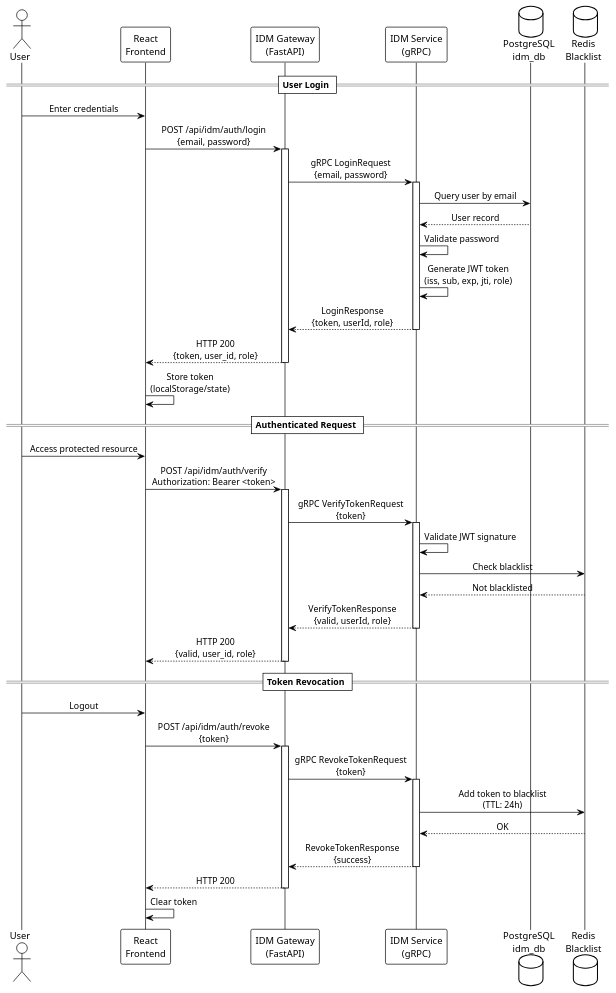
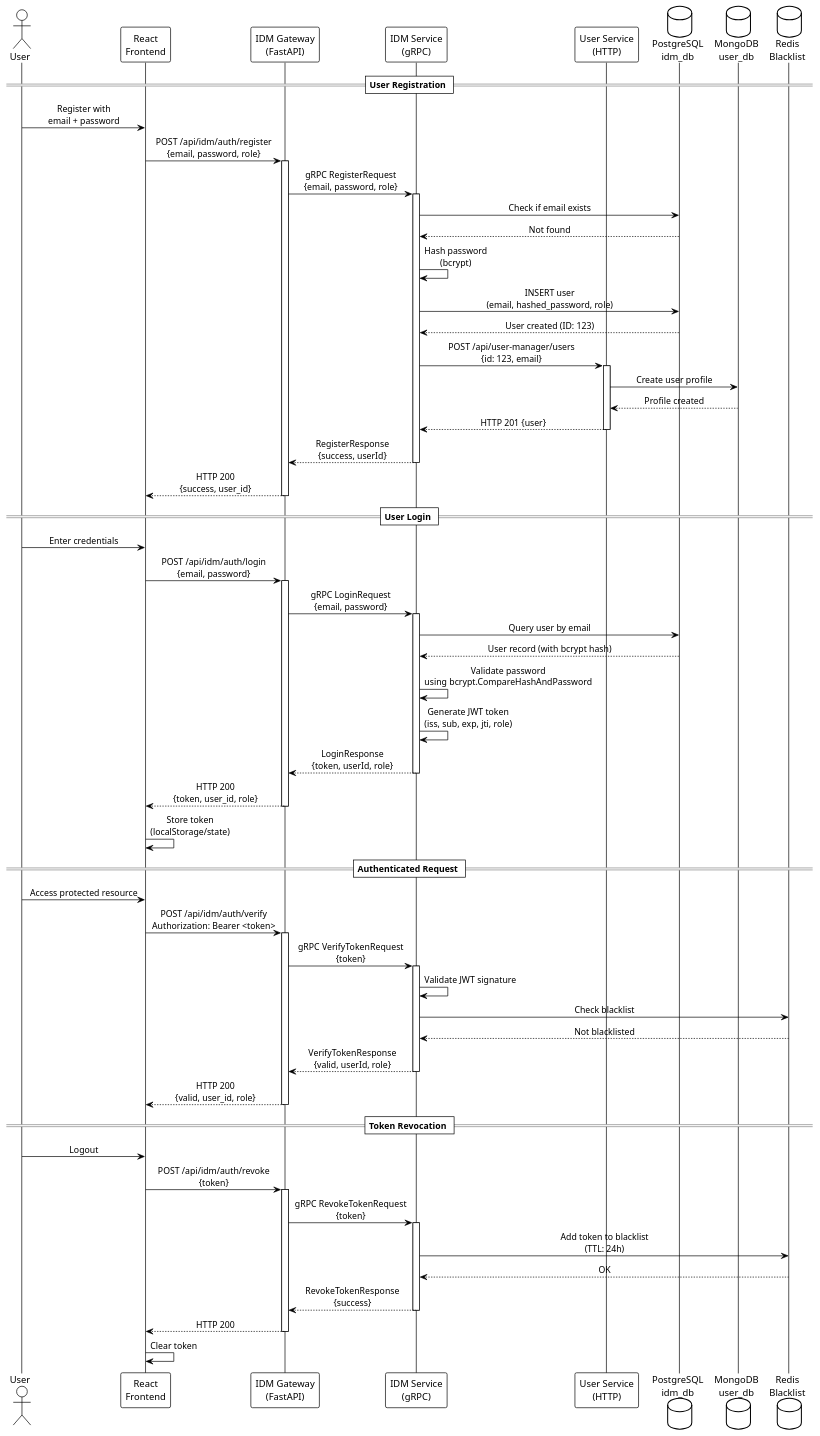
The diagram in diagrams/03-authentication-flow.puml (alexandru-vezeteu/demo-go-webservices), drawn with PlantUML before and after one commit. The commit also changed 44 other files, not shown here.

```diff
--- a/diagrams/03-authentication-flow.puml
+++ b/diagrams/03-authentication-flow.puml
@@ -1,56 +1,85 @@
 @startuml auth_flow
 !theme plain
 skinparam sequenceMessageAlign center
 
 actor User
 participant "React\nFrontend" as Frontend
 participant "IDM Gateway\n(FastAPI)" as Gateway
 participant "IDM Service\n(gRPC)" as IDM
+participant "User Service\n(HTTP)" as UserSvc
 database "PostgreSQL\nidm_db" as DB
+database "MongoDB\nuser_db" as UserDB
 database "Redis\nBlacklist" as Redis
+
+== User Registration ==
+User -> Frontend: Register with\nemail + password
+Frontend -> Gateway: POST /api/idm/auth/register\n{email, password, role}
+activate Gateway
+Gateway -> IDM: gRPC RegisterRequest\n{email, password, role}
+activate IDM
+
+IDM -> DB: Check if email exists
+DB --> IDM: Not found
+
+IDM -> IDM: Hash password\n(bcrypt)
+
+IDM -> DB: INSERT user\n(email, hashed_password, role)
+DB --> IDM: User created (ID: 123)
+
+IDM -> UserSvc: POST /api/user-manager/users\n{id: 123, email}
+activate UserSvc
+UserSvc -> UserDB: Create user profile
+UserDB --> UserSvc: Profile created
+UserSvc --> IDM: HTTP 201 {user}
+deactivate UserSvc
+
+IDM --> Gateway: RegisterResponse\n{success, userId}
+deactivate IDM
+Gateway --> Frontend: HTTP 200\n{success, user_id}
+deactivate Gateway
 
 == User Login ==
 User -> Frontend: Enter credentials
 Frontend -> Gateway: POST /api/idm/auth/login\n{email, password}
 activate Gateway
 Gateway -> IDM: gRPC LoginRequest\n{email, password}
 activate IDM
 IDM -> DB: Query user by email
-DB --> IDM: User record
-IDM -> IDM: Validate password
+DB --> IDM: User record (with bcrypt hash)
+IDM -> IDM: Validate password\nusing bcrypt.CompareHashAndPassword
 IDM -> IDM: Generate JWT token\n(iss, sub, exp, jti, role)
 IDM --> Gateway: LoginResponse\n{token, userId, role}
 deactivate IDM
 Gateway --> Frontend: HTTP 200\n{token, user_id, role}
 deactivate Gateway
 Frontend -> Frontend: Store token\n(localStorage/state)
 
 == Authenticated Request ==
 User -> Frontend: Access protected resource
 Frontend -> Gateway: POST /api/idm/auth/verify\nAuthorization: Bearer <token>
 activate Gateway
 Gateway -> IDM: gRPC VerifyTokenRequest\n{token}
 activate IDM
 IDM -> IDM: Validate JWT signature
 IDM -> Redis: Check blacklist
 Redis --> IDM: Not blacklisted
 IDM --> Gateway: VerifyTokenResponse\n{valid, userId, role}
 deactivate IDM
 Gateway --> Frontend: HTTP 200\n{valid, user_id, role}
 deactivate Gateway
 
 == Token Revocation ==
 User -> Frontend: Logout
 Frontend -> Gateway: POST /api/idm/auth/revoke\n{token}
 activate Gateway
 Gateway -> IDM: gRPC RevokeTokenRequest\n{token}
 activate IDM
 IDM -> Redis: Add token to blacklist\n(TTL: 24h)
 Redis --> IDM: OK
 IDM --> Gateway: RevokeTokenResponse\n{success}
 deactivate IDM
 Gateway --> Frontend: HTTP 200
 deactivate Gateway
 Frontend -> Frontend: Clear token
 
 @enduml
```
